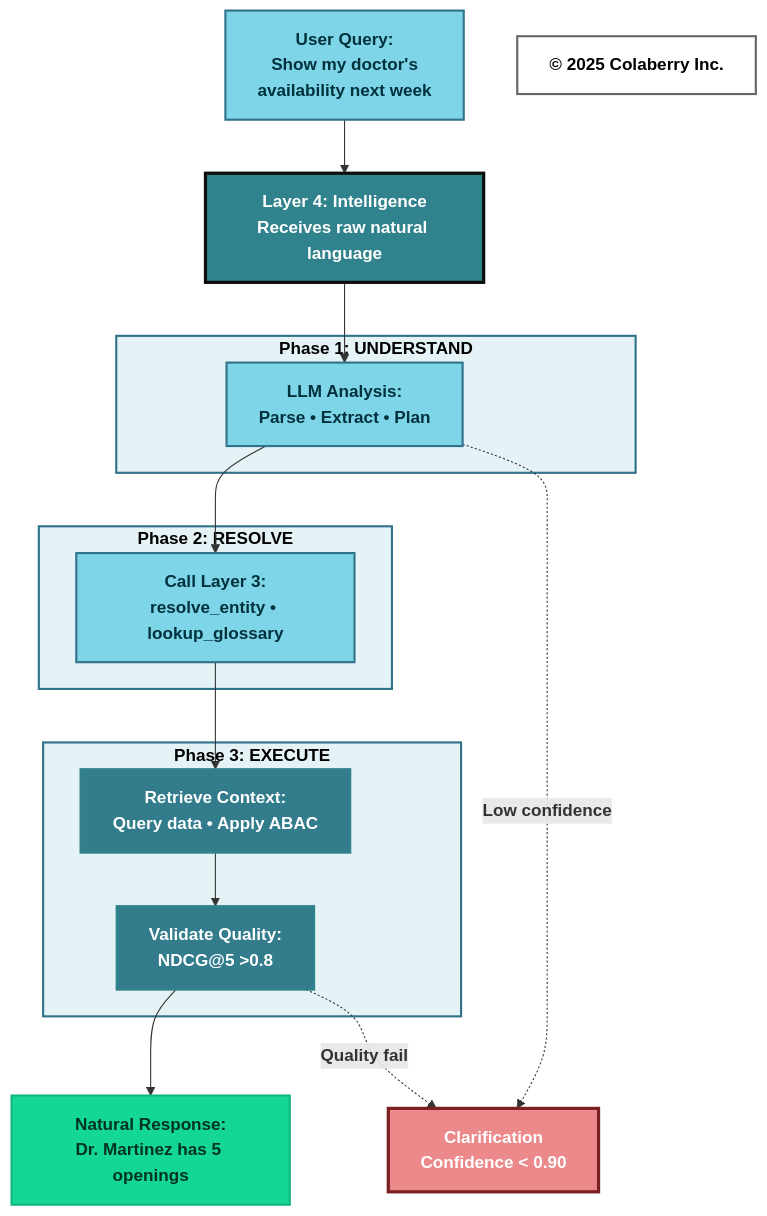
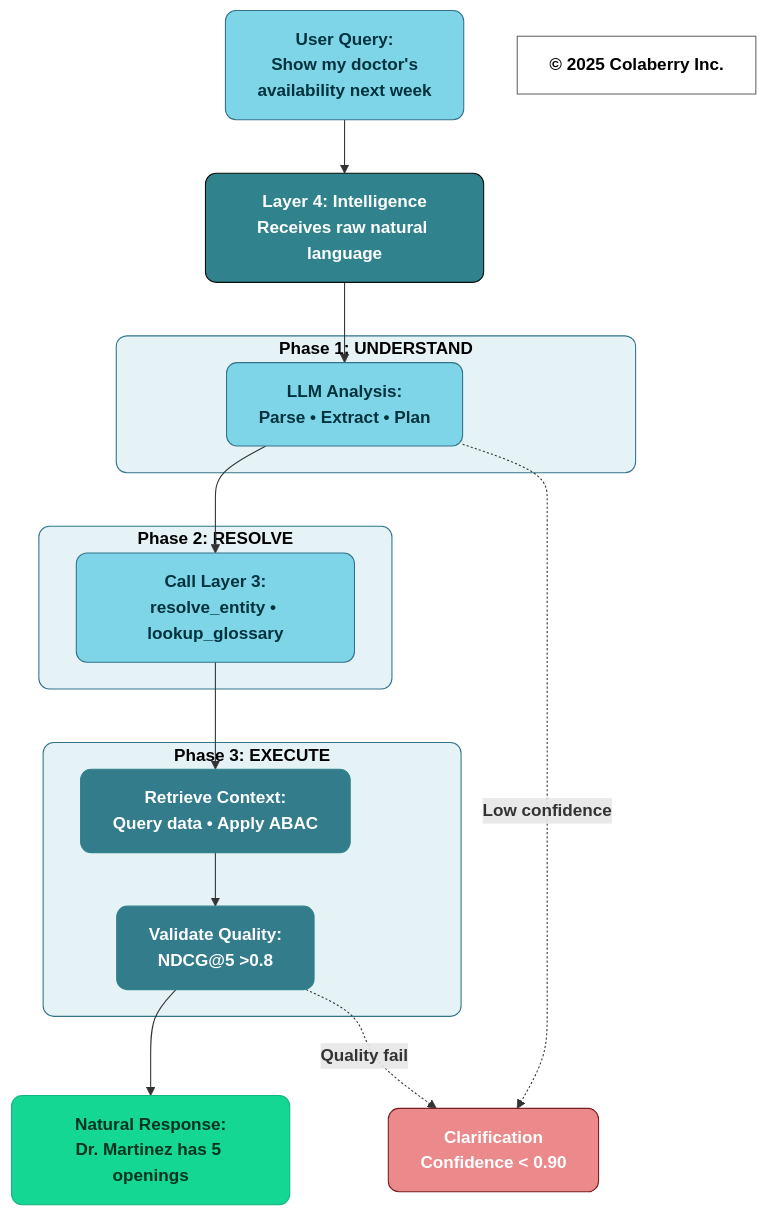
One commit to colaberry/trust-before-intelligence-book changed the tenth of 14 diagrams in manuscript/08_chapter_7_goals_framework.md. Above: the diagram before and after it, drawn with Mermaid. The commit also changed other lines of this file and 12 other files, not shown here.

````diff
--- a/manuscript/08_chapter_7_goals_framework.md
+++ b/manuscript/08_chapter_7_goals_framework.md
@@ -1236,50 +1236,50 @@
 ```mermaid
 graph TB
     NL["<b>User Query:</b><br/><b>Show my doctor's</b><br/><b>availability next week</b>"]
     
     NL --> L4["<b>Layer 4: Intelligence</b><br/><b>Receives raw natural language</b>"]
     
     subgraph PHASE1["<b>Phase 1: UNDERSTAND</b>"]
         P1["<b>LLM Analysis:</b><br/><b>Parse • Extract • Plan</b>"]
     end
     
     subgraph PHASE2["<b>Phase 2: RESOLVE</b>"]
         P2["<b>Call Layer 3:</b><br/><b>resolve_entity • lookup_glossary</b>"]
     end
     
     subgraph PHASE3["<b>Phase 3: EXECUTE</b>"]
         P3A["<b>Retrieve Context:</b><br/><b>Query data • Apply ABAC</b>"]
         P3B["<b>Validate Quality:</b><br/><b>NDCG@5 >0.8</b>"]
     end
     
     CLARIFY["<b>Clarification</b><br/><b>Confidence < 0.90</b>"]
     
     RESULT["<b>Natural Response:</b><br/><b>Dr. Martinez has 5 openings</b>"]
     
     L4 --> P1
     P1 --> P2
     P2 --> P3A
     P3A --> P3B
     P3B --> RESULT
     
     P1 -.->|<b>Low confidence</b>| CLARIFY
     P3B -.->|<b>Quality fail</b>| CLARIFY
     
-    style NL fill:#7FD5E8,stroke:#32738C,stroke-width:2px,color:#00323D
-    style L4 fill:#30838C,stroke:#0D0D0D,stroke-width:3px,color:#ffffff
+    style NL fill:#7FD5E8,stroke:#32738C,stroke-width:1px,color:#00323D,rx:10,ry:10
+    style L4 fill:#30838C,stroke:#0D0D0D,stroke-width:1px,color:#ffffff,rx:10,ry:10
     
-    style PHASE1 fill:#E6F3F6,stroke:#32738C,stroke-width:2px,color:#000000
-    style PHASE2 fill:#E6F3F6,stroke:#32738C,stroke-width:2px,color:#000000
-    style PHASE3 fill:#E6F3F6,stroke:#32738C,stroke-width:2px,color:#000000
+    style PHASE1 fill:#E6F3F6,stroke:#32738C,stroke-width:1px,color:#000000,rx:10,ry:10
+    style PHASE2 fill:#E6F3F6,stroke:#32738C,stroke-width:1px,color:#000000,rx:10,ry:10
+    style PHASE3 fill:#E6F3F6,stroke:#32738C,stroke-width:1px,color:#000000,rx:10,ry:10
     
-    style P1 fill:#7FD5E8,stroke:#32738C,stroke-width:2px,color:#00323D
-    style P2 fill:#7FD5E8,stroke:#32738C,stroke-width:2px,color:#00323D
-    style P3A fill:#327C8C,stroke:#30838C,stroke-width:2px,color:#ffffff
-    style P3B fill:#327C8C,stroke:#30838C,stroke-width:2px,color:#ffffff
+    style P1 fill:#7FD5E8,stroke:#32738C,stroke-width:1px,color:#00323D,rx:10,ry:10
+    style P2 fill:#7FD5E8,stroke:#32738C,stroke-width:1px,color:#00323D,rx:10,ry:10
+    style P3A fill:#327C8C,stroke:#30838C,stroke-width:1px,color:#ffffff,rx:10,ry:10
+    style P3B fill:#327C8C,stroke:#30838C,stroke-width:1px,color:#ffffff,rx:10,ry:10
     
-    style RESULT fill:#14D793,stroke:#0FB67D,stroke-width:2px,color:#003322
-    style CLARIFY fill:#EB898B,stroke:#7A1F22,stroke-width:3px,color:#ffffff
+    style RESULT fill:#14D793,stroke:#0FB67D,stroke-width:1px,color:#003322,rx:10,ry:10
+    style CLARIFY fill:#EB898B,stroke:#7A1F22,stroke-width:1px,color:#ffffff,rx:10,ry:10
     
     Copyright["<b>© 2025 Colaberry Inc.</b>"]
-    style Copyright fill:#ffffff,stroke:#666666,stroke-width:2px,color:#000000
+    style Copyright fill:none,stroke:#666666,stroke-width:1px,color:#000000
 ```
````
